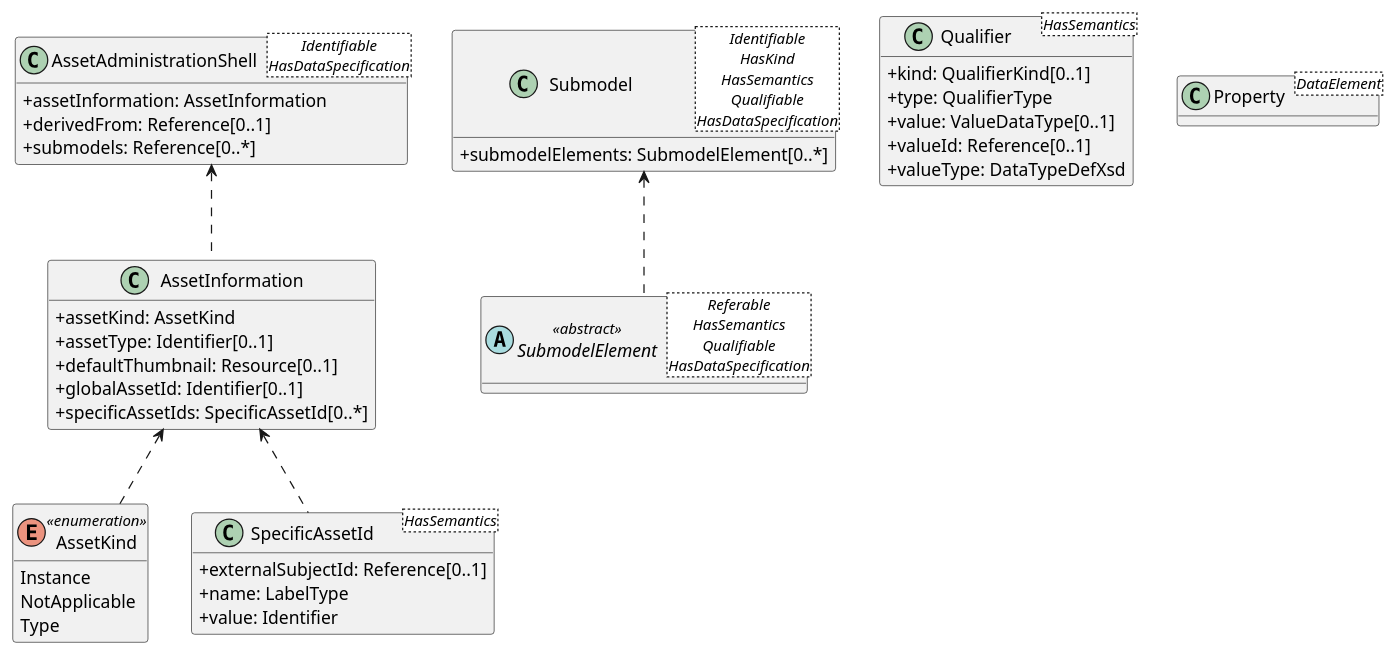
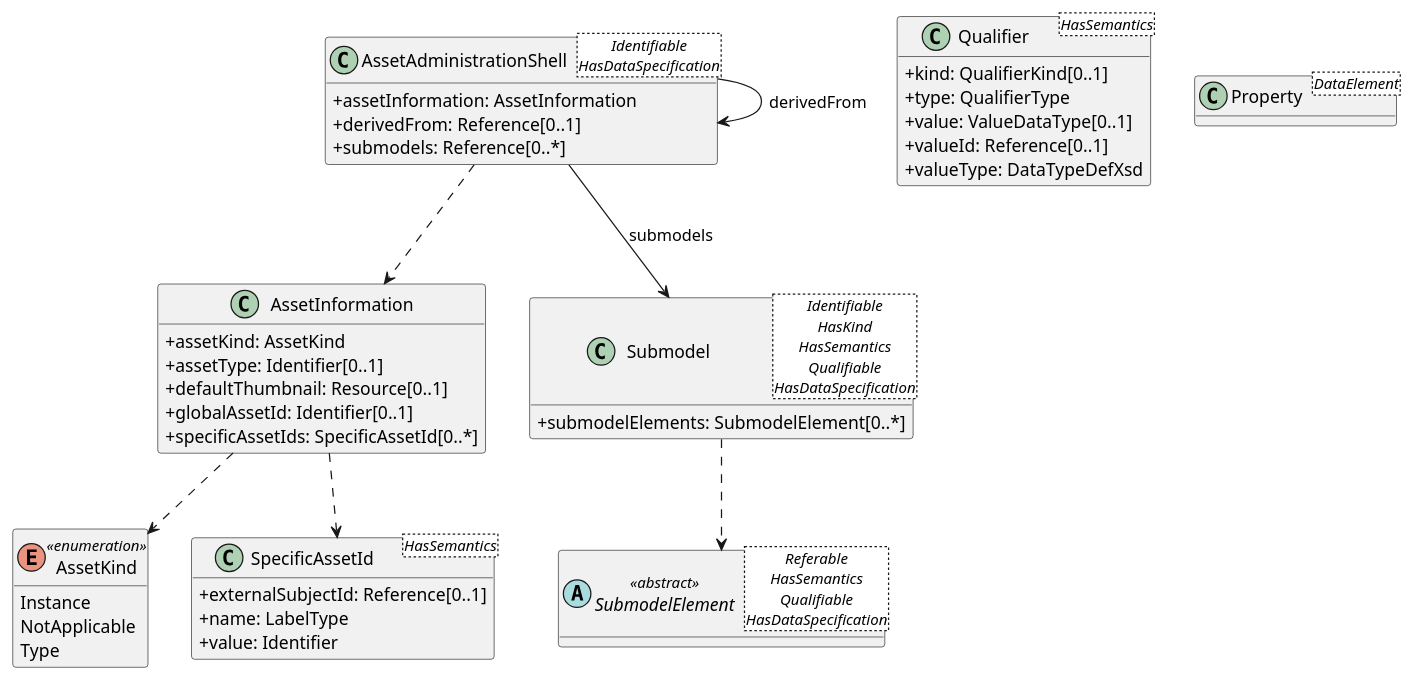
Before and after one commit to zrgt/py2puml: the diagram in output/12_Asset_administration_shell.puml, drawn with PlantUML. The commit also changed 50 other files, not shown here.

```diff
--- a/output/12_Asset_administration_shell.puml
+++ b/output/12_Asset_administration_shell.puml
@@ -1,45 +1,47 @@
 @startuml
 skinparam classAttributeIconSize 0
 hide methods
 
 class AssetAdministrationShell<Identifiable\nHasDataSpecification> {
   +assetInformation: AssetInformation 
   +derivedFrom: Reference[0..1] 
   +submodels: Reference[0..*] 
 }
 class AssetInformation {
   +assetKind: AssetKind 
   +assetType: Identifier[0..1] 
   +defaultThumbnail: Resource[0..1] 
   +globalAssetId: Identifier[0..1] 
   +specificAssetIds: SpecificAssetId[0..*] 
 }
 enum AssetKind <<enumeration>> {
   Instance
   NotApplicable
   Type
 }
 class SpecificAssetId<HasSemantics> {
   +externalSubjectId: Reference[0..1] 
   +name: LabelType 
   +value: Identifier 
 }
 class Submodel<Identifiable\nHasKind\nHasSemantics\nQualifiable\nHasDataSpecification> {
   +submodelElements: SubmodelElement[0..*] 
 }
 class Qualifier<HasSemantics> {
   +kind: QualifierKind[0..1] 
   +type: QualifierType 
   +value: ValueDataType[0..1] 
   +valueId: Reference[0..1] 
   +valueType: DataTypeDefXsd 
 }
 abstract class SubmodelElement<Referable\nHasSemantics\nQualifiable\nHasDataSpecification> <<abstract>> {
 }
 class Property<DataElement> {
 }
-AssetAdministrationShell <.. AssetInformation
-AssetInformation <.. AssetKind
-AssetInformation <.. SpecificAssetId
-Submodel <.. SubmodelElement
+AssetAdministrationShell ..> AssetInformation
+AssetInformation ..> AssetKind
+AssetInformation ..> SpecificAssetId
+Submodel ..> SubmodelElement
+AssetAdministrationShell --> Submodel : submodels
+AssetAdministrationShell --> AssetAdministrationShell : derivedFrom
 @enduml
```
